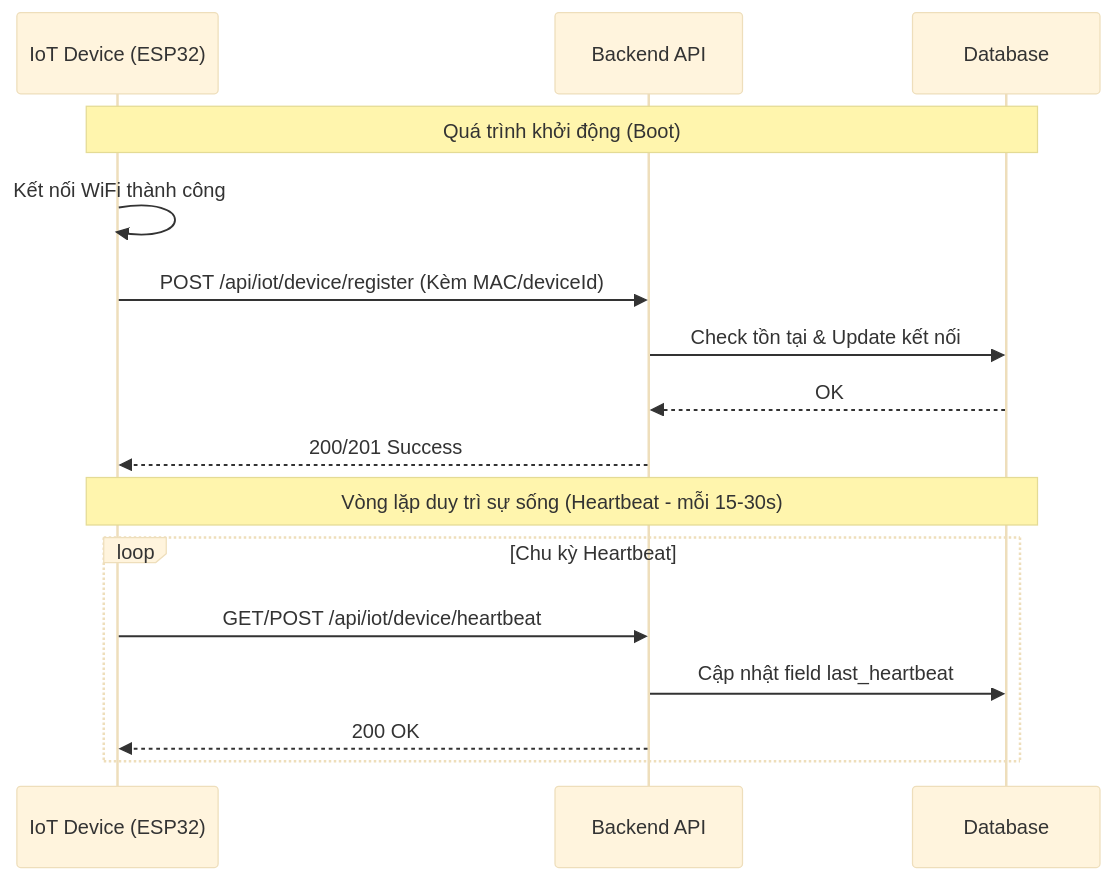
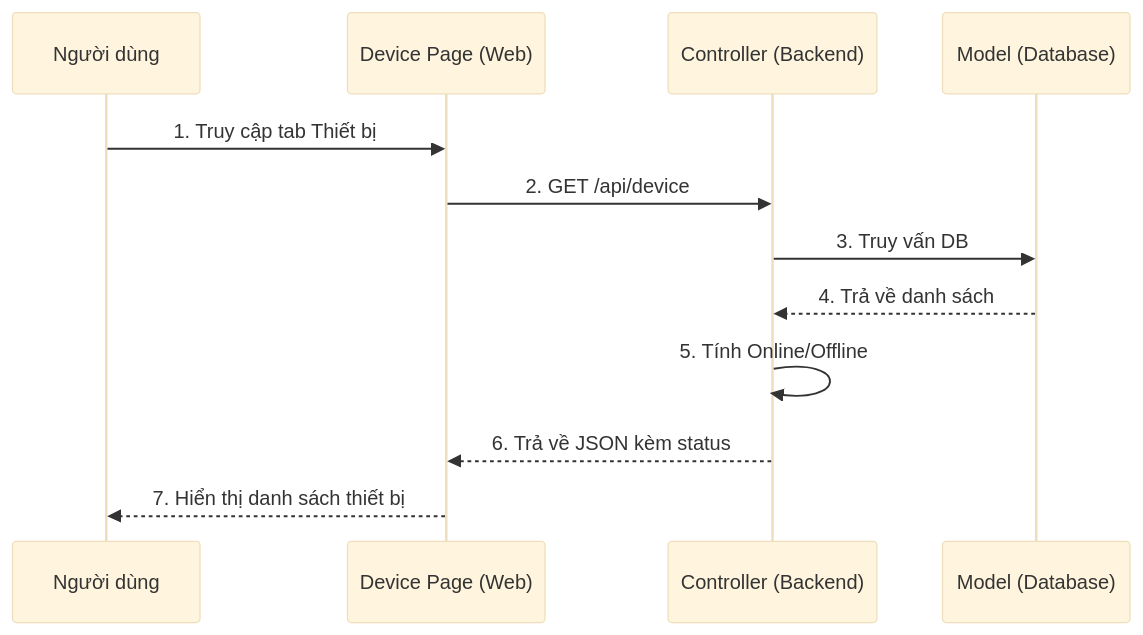
One commit to ngogiaquyen/acw-srs changed the ninth of 13 diagrams in documents/sequence-diagrams.md. Above: the diagram before and after it, drawn with Mermaid (base theme). The commit also changed other lines of this file and 5 other files, not shown here.

````diff
--- a/documents/sequence-diagrams.md
+++ b/documents/sequence-diagrams.md
@@ -142,20 +251,15 @@
 ```mermaid
 sequenceDiagram
-    participant ESP as IoT Device (ESP32)
-    participant API as Backend API
-    participant DB as Database
+    participant U as Người dùng
+    participant W as Device Page (Web)
+    participant B as Controller (Backend)
+    participant D as Model (Database)
 
-    Note over ESP, DB: Quá trình khởi động (Boot)
-    ESP->>ESP: Kết nối WiFi thành công
-    ESP->>API: POST /api/iot/device/register (Kèm MAC/deviceId)
-    API->>DB: Check tồn tại & Update kết nối
-    DB-->>API: OK
-    API-->>ESP: 200/201 Success
-    
-    Note over ESP, DB: Vòng lặp duy trì sự sống (Heartbeat - mỗi 15-30s)
-    loop Chu kỳ Heartbeat
-        ESP->>API: GET/POST /api/iot/device/heartbeat
-        API->>DB: Cập nhật field last_heartbeat
-        API-->>ESP: 200 OK
-    end
+    U->>W: 1. Truy cập tab Thiết bị
+    W->>B: 2. GET /api/device
+    B->>D: 3. Truy vấn DB
+    D-->>B: 4. Trả về danh sách
+    B->>B: 5. Tính Online/Offline
+    B-->>W: 6. Trả về JSON kèm status
+    W-->>U: 7. Hiển thị danh sách thiết bị
 ```
````
